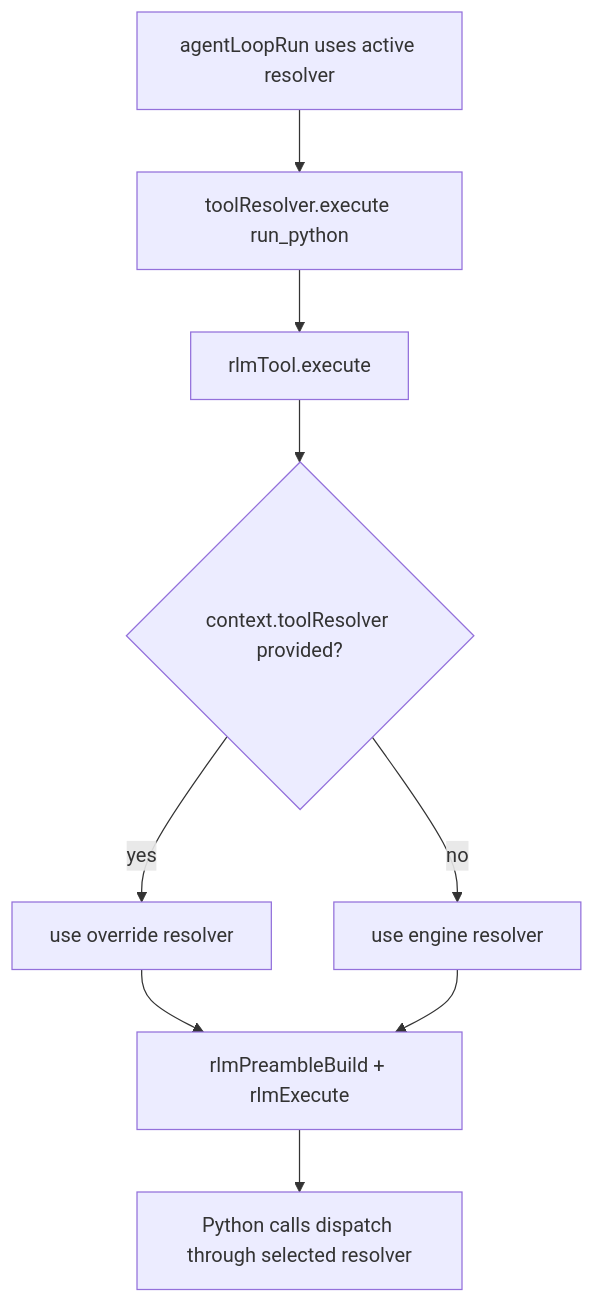
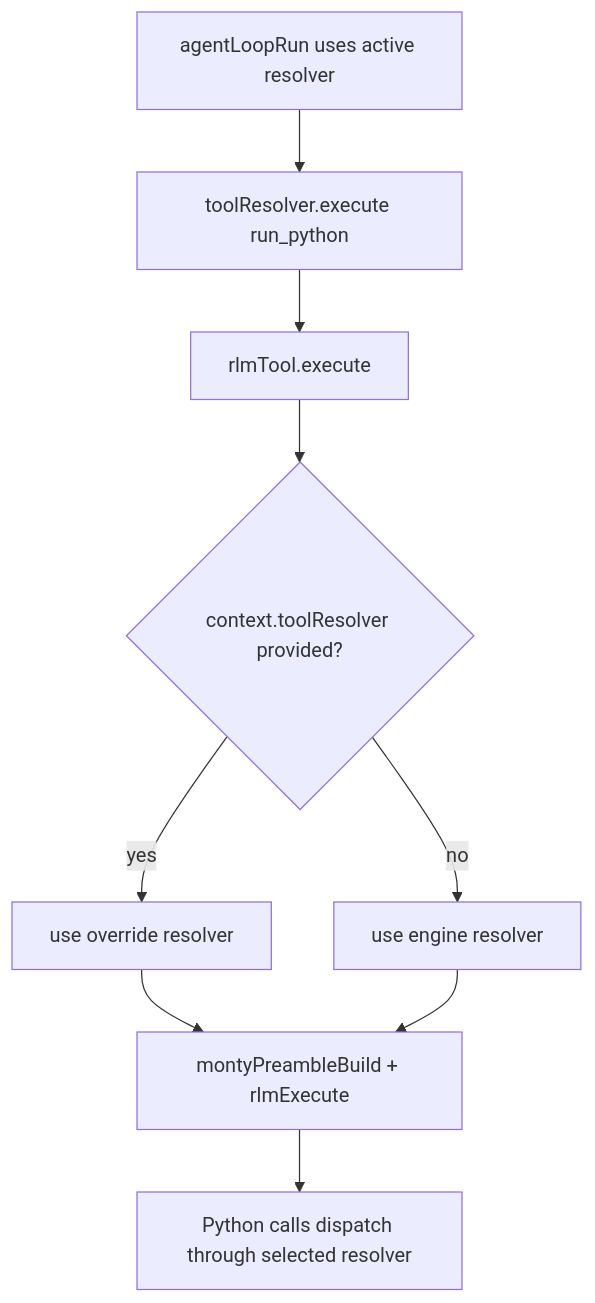
Before and after one commit to ex3ndr-bot/daycare: the third of 4 diagrams in doc/internals/rlm-python-tools.md, drawn with Mermaid. The commit also changed other lines of this file and 13 other files, not shown here.

Commit message:
refactor(monty): move python preamble out of rlm

````diff
--- a/doc/internals/rlm-python-tools.md
+++ b/doc/internals/rlm-python-tools.md
@@ -52,12 +52,12 @@
 ```mermaid
 flowchart TD
   A[agentLoopRun uses active resolver]
   A --> B[toolResolver.execute run_python]
   B --> C[rlmTool.execute]
   C --> D{context.toolResolver provided?}
   D -->|yes| E[use override resolver]
   D -->|no| F[use engine resolver]
-  E --> G[rlmPreambleBuild + rlmExecute]
+  E --> G[montyPreambleBuild + rlmExecute]
   F --> G
   G --> H[Python calls dispatch through selected resolver]
 ```
````
